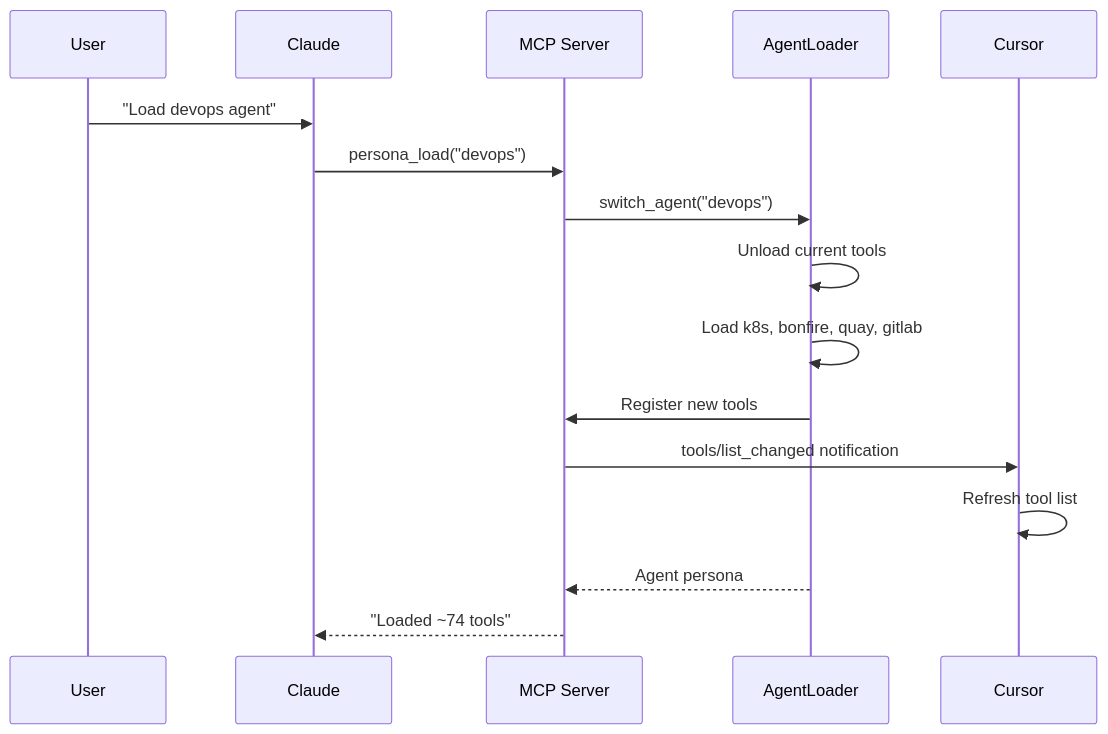
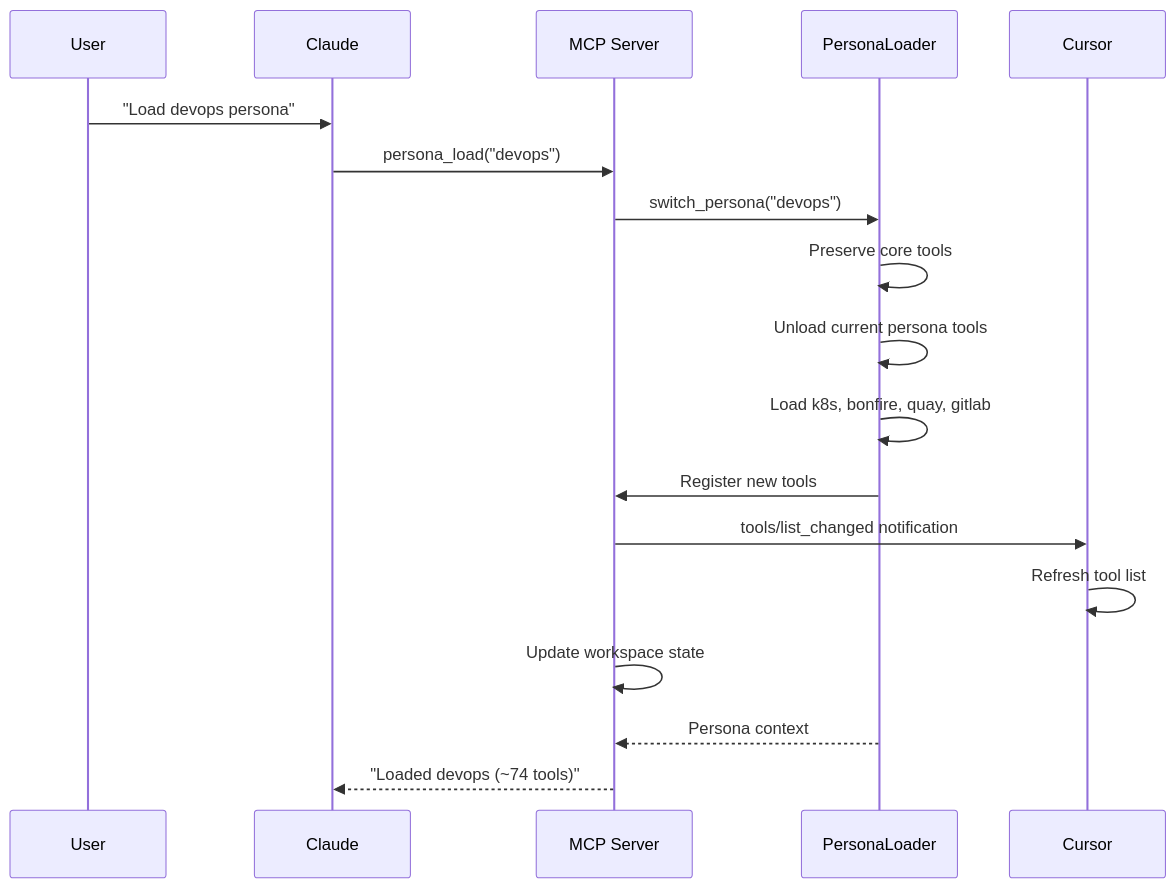
Before and after one commit to dmzoneill/redhat-ai-workflow: the third of 11 diagrams in docs/architecture/README.md, drawn with Mermaid. The commit also changed other lines of this file and 407 other files, not shown here.

````diff
--- a/docs/architecture/README.md
+++ b/docs/architecture/README.md
@@ -100,19 +215,21 @@
 ```mermaid
 sequenceDiagram
     participant User
     participant Claude
     participant MCP as MCP Server
-    participant Loader as AgentLoader
+    participant Loader as PersonaLoader
     participant Cursor
 
-    User->>Claude: "Load devops agent"
+    User->>Claude: "Load devops persona"
     Claude->>MCP: persona_load("devops")
-    MCP->>Loader: switch_agent("devops")
-    Loader->>Loader: Unload current tools
+    MCP->>Loader: switch_persona("devops")
+    Loader->>Loader: Preserve core tools
+    Loader->>Loader: Unload current persona tools
     Loader->>Loader: Load k8s, bonfire, quay, gitlab
     Loader->>MCP: Register new tools
     MCP->>Cursor: tools/list_changed notification
     Cursor->>Cursor: Refresh tool list
-    Loader-->>MCP: Agent persona
-    MCP-->>Claude: "Loaded ~74 tools"
+    MCP->>MCP: Update workspace state
+    Loader-->>MCP: Persona context
+    MCP-->>Claude: "Loaded devops (~74 tools)"
 ```
````
